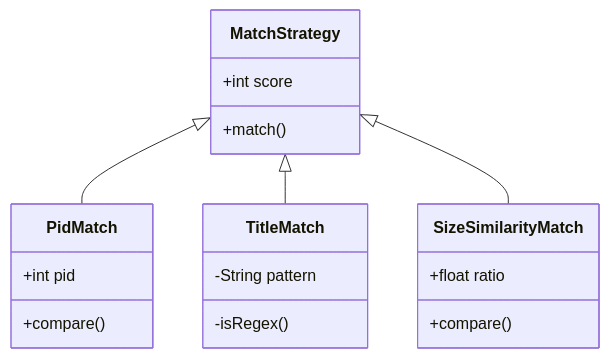
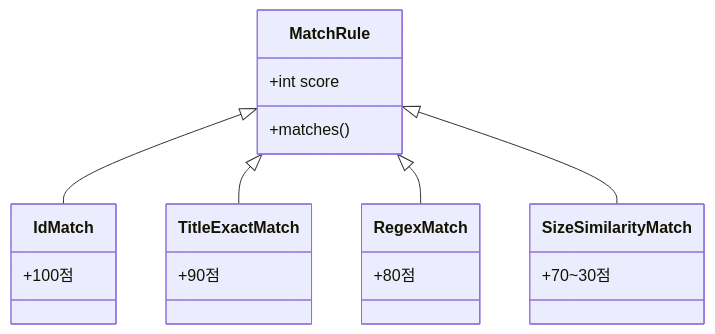
The third of 3 diagrams in Projects/m2Slide_single_mode/m2SlideStyle.md (Finfra/m2slide), drawn with Mermaid before and after one commit. The commit also changed other lines of this file and 3 other files, not shown here.

````diff
--- a/Projects/m2Slide_single_mode/m2SlideStyle.md
+++ b/Projects/m2Slide_single_mode/m2SlideStyle.md
@@ -131,20 +141,21 @@
 ```mermaid
 classDiagram
-    MatchStrategy <|-- PidMatch
-    MatchStrategy <|-- TitleMatch
-    MatchStrategy <|-- SizeSimilarityMatch
-    MatchStrategy : +int score
-    MatchStrategy : +match()
-    class PidMatch{
-        +int pid
-        +compare()
+    MatchRule <|-- IdMatch
+    MatchRule <|-- TitleExactMatch
+    MatchRule <|-- RegexMatch
+    MatchRule <|-- SizeSimilarityMatch
+    MatchRule : +int score
+    MatchRule : +matches()
+    class IdMatch{
+        +100점
     }
-    class TitleMatch{
-        -String pattern
-        -isRegex()
+    class TitleExactMatch{
+        +90점
+    }
+    class RegexMatch{
+        +80점
     }
     class SizeSimilarityMatch{
-        +float ratio
-        +compare()
+        +70~30점
     }
 ```
````
